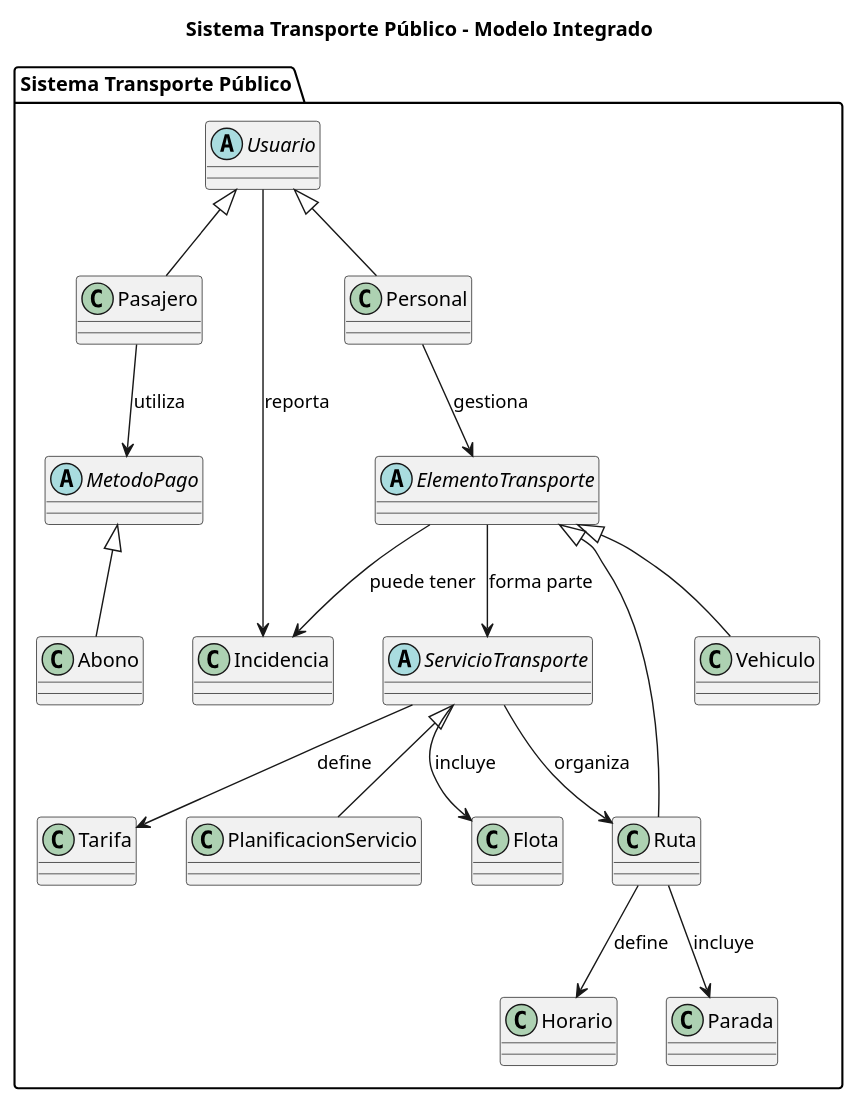
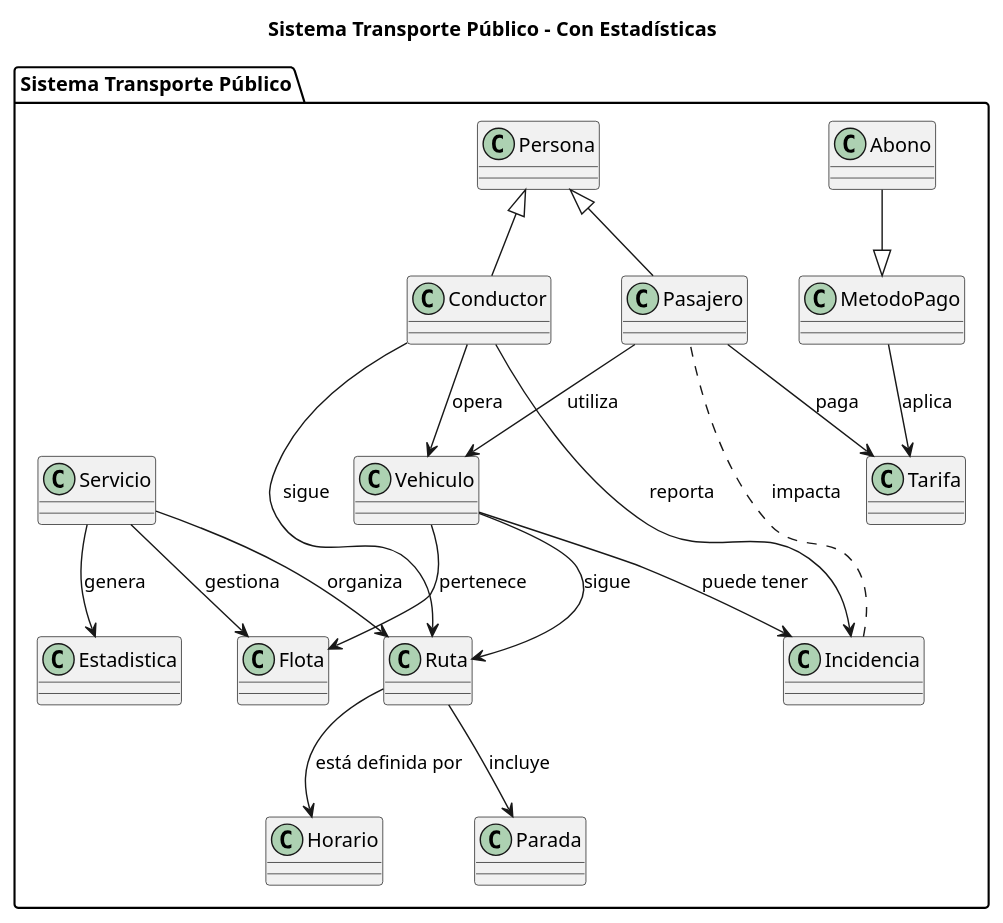
The diagram in modelosUML/NuevaIteracionDiagramaClases.puml (Ingenieria-Informatica-UNEATLANTICO/app-actividad-post-parcial-DavidGarciaCosta), drawn with PlantUML before and after one commit. The commit also changed 1 other file, not shown here.

```diff
--- a/modelosUML/NuevaIteracionDiagramaClases.puml
+++ b/modelosUML/NuevaIteracionDiagramaClases.puml
@@ -1,68 +1,74 @@
 @startuml
-title Sistema Transporte Público - Modelo Integrado
+title Sistema Transporte Público - Con Estadísticas
 
 package "Sistema Transporte Público" {
-    abstract class Usuario {
-    }
-
-    abstract class ElementoTransporte {
-    }
-
-    abstract class ServicioTransporte {
-    }
-
-    abstract class MetodoPago {
+    class Persona {
     }
 
     class Pasajero {
     }
 
-    class Personal {
+    class Conductor {
+    }
+
+    class Tarifa {
+    }
+
+    class MetodoPago {
+    }
+
+    class Abono {
     }
 
     class Vehiculo {
     }
 
     class Ruta {
-    }
-
-    class Tarifa {
-    }
-
-    class Abono {
-    }
-
-    class PlanificacionServicio {
-    }
-
-    class Incidencia {
     }
 
     class Horario {
     }
 
     class Parada {
     }
 
     class Flota {
     }
 
-    Usuario <|-- Pasajero
-    Usuario <|-- Personal
-    ElementoTransporte <|-- Vehiculo
-    ElementoTransporte <|-- Ruta
-    ServicioTransporte <|-- PlanificacionServicio
-    MetodoPago <|-- Abono
+    class Servicio {
+    }
 
-    Pasajero --> MetodoPago : utiliza
-    Personal --> ElementoTransporte : gestiona
-    ElementoTransporte --> ServicioTransporte : forma parte
-    ServicioTransporte --> Tarifa : define
-    ServicioTransporte --> Flota : incluye
-    ServicioTransporte --> Ruta : organiza
+    class Incidencia {
+    }
+
+    class Estadistica {
+    
+    }
+
+    Persona <|-- Pasajero
+    Persona <|-- Conductor
+
+    Pasajero --> Tarifa : paga
+    MetodoPago --> Tarifa : aplica
+    Abono --|> MetodoPago
+
+    Conductor --> Vehiculo : opera
+    Conductor --> Ruta : sigue
+    Conductor --> Incidencia : reporta
+
+    Vehiculo --> Incidencia : puede tener
+    Incidencia .. Pasajero : impacta
+
+    Pasajero --> Vehiculo : utiliza
+    Ruta --> Horario : está definida por
     Ruta --> Parada : incluye
-    Ruta --> Horario : define
-    ElementoTransporte --> Incidencia : puede tener
-    Usuario --> Incidencia : reporta
+    Vehiculo --> Ruta : sigue
+
+    Vehiculo --> Flota : pertenece
+    Servicio --> Ruta : organiza
+    Servicio --> Flota : gestiona
+
+    Servicio --> Estadistica : genera
 }
+
 @enduml
```
